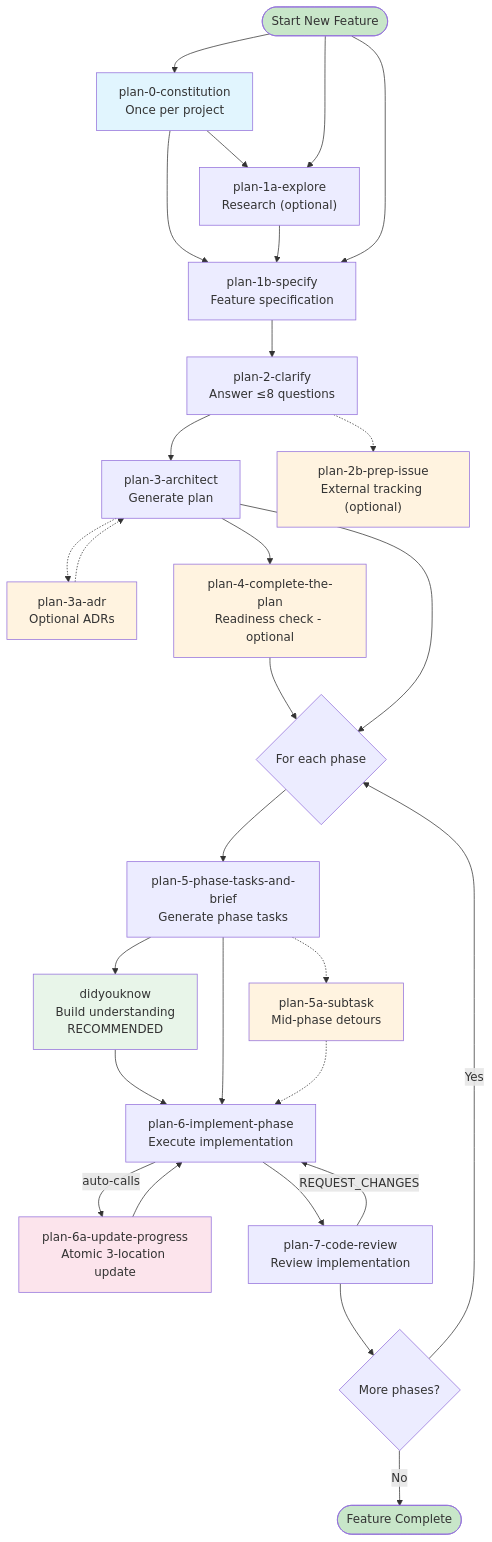
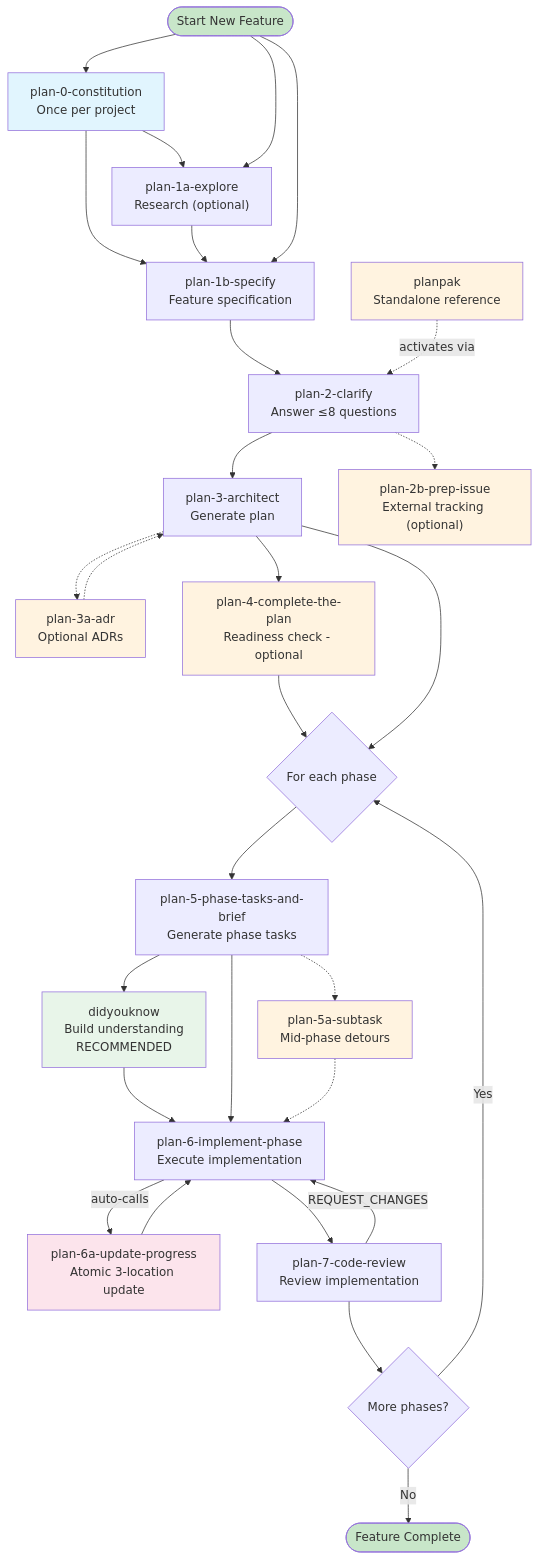
One commit to jakkaj/tools changed the second of 8 diagrams in agents/commands/README.md. Above: the diagram before and after it, drawn with Mermaid. The commit also changed other lines of this file and 19 other files, not shown here.

````diff
--- a/agents/commands/README.md
+++ b/agents/commands/README.md
@@ -87,50 +87,54 @@
 ```mermaid
 graph TD
     Start([Start New Feature]) --> P0["plan-0-constitution<br/>Once per project"]
     P0 --> P1A["plan-1a-explore<br/>Research (optional)"]
     P0 --> P1B["plan-1b-specify<br/>Feature specification"]
     P1A --> P1B
     Start --> P1A
     Start --> P1B
 
     P1B --> P2["plan-2-clarify<br/>Answer ≤8 questions"]
     P2 --> P3["plan-3-architect<br/>Generate plan"]
 
     P2 -.-> P2B["plan-2b-prep-issue<br/>External tracking (optional)"]
     P3 -.-> P3A["plan-3a-adr<br/>Optional ADRs"]
     P3A -.-> P3
 
     P3 --> P4["plan-4-complete-the-plan<br/>Readiness check - optional"]
     P4 --> PhaseLoop{For each phase}
     P3 --> PhaseLoop
 
     PhaseLoop --> P5["plan-5-phase-tasks-and-brief<br/>Generate phase tasks"]
 
     P5 --> DYK["didyouknow<br/>Build understanding<br/>RECOMMENDED"]
     DYK --> P6
     P5 --> P6["plan-6-implement-phase<br/>Execute implementation"]
 
     P5 -.-> P5A["plan-5a-subtask<br/>Mid-phase detours"]
     P5A -.-> P6
 
     P6 -->|auto-calls| P6A["plan-6a-update-progress<br/>Atomic 3-location update"]
     P6A --> P6
 
     P6 --> P7["plan-7-code-review<br/>Review implementation"]
 
     P7 --> NextPhase{More phases?}
     NextPhase -->|Yes| PhaseLoop
     NextPhase -->|No| End([Feature Complete])
 
     P7 -->|REQUEST_CHANGES| P6
 
+    PAK["planpak<br/>Standalone reference"]
+    PAK -.->|"activates via"| P2
+
+    style PAK fill:#fff3e0
     style P0 fill:#e1f5fe
     style P2B fill:#fff3e0
     style P3A fill:#fff3e0
     style P4 fill:#fff3e0
     style P5A fill:#fff3e0
     style DYK fill:#e8f5e9
     style P6A fill:#fce4ec
     style Start fill:#c8e6c9
     style End fill:#c8e6c9
 ```
````
